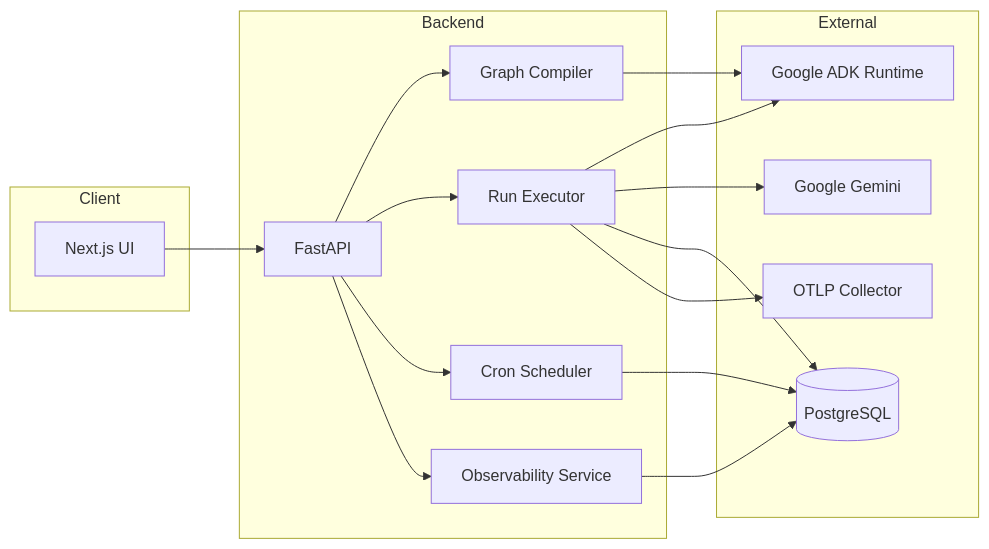
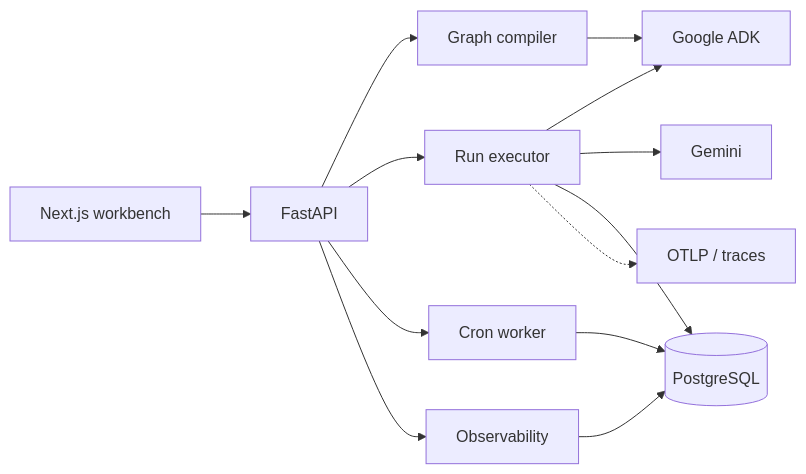
One commit to himanshu-nakrani/aegis changed the diagram in README.md. Above: the diagram before and after it, drawn with Mermaid. The commit also changed other lines of this file, not shown here.

First line of the commit message:
docs: redesign README for the Aegis workbench

````diff
--- a/README.md
+++ b/README.md
@@ -70,34 +129,15 @@
 ```mermaid
 flowchart LR
-  subgraph Client
-    UI[Next.js UI]
-  end
-
-  subgraph Backend
-    API[FastAPI]
-    Compiler[Graph Compiler]
-    Executor[Run Executor]
-    Scheduler[Cron Scheduler]
-    Obs[Observability Service]
-  end
-
-  subgraph External
-    Gemini[Google Gemini]
-    ADK[Google ADK Runtime]
-    DB[(PostgreSQL)]
-    OTLP[OTLP Collector]
-  end
-
-  UI --> API
-  API --> Compiler
-  API --> Executor
-  API --> Scheduler
-  API --> Obs
-  Compiler --> ADK
+  UI[Next.js workbench] --> API[FastAPI]
+  API --> Compiler[Graph compiler]
+  API --> Executor[Run executor]
+  API --> Scheduler[Cron worker]
+  Compiler --> ADK[Google ADK]
   Executor --> ADK
-  Executor --> Gemini
-  Executor --> DB
+  Executor --> Gemini[Gemini]
+  Executor --> DB[(PostgreSQL)]
+  Scheduler --> DB
+  API --> Obs[Observability]
   Obs --> DB
-  Scheduler --> DB
-  Executor --> OTLP
+  Executor -.-> OTLP[OTLP / traces]
 ```
````
